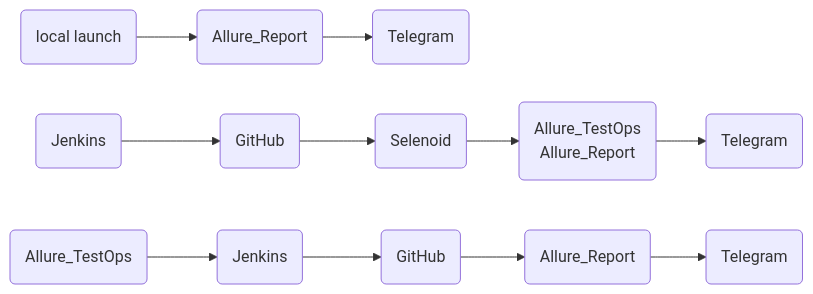
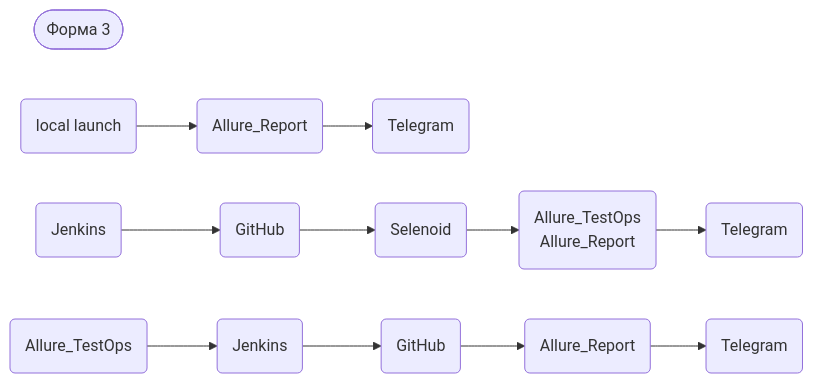
The diagram in README.md (maxkonushkin/FirstProject), drawn with Mermaid before and after one commit.

Commit message:
add mermaid

````diff
--- a/README.md
+++ b/README.md
@@ -60,8 +60,9 @@
 ``` mermaid
-flowchart LR;
+flowchart LR
+node3([Форма 3])
 A(local launch)-->B(Allure_Report)-->P(Telegram);
     C(Jenkins)-->D(GitHub)-->U(Selenoid);
     U(Selenoid)-->I(Allure_TestOps
     Allure_Report)-->O(Telegram);
     Q(Allure_TestOps)-->W(Jenkins)-->R(GitHub)-->T(Allure_Report)-->Y(Telegram); 
 ```
````
